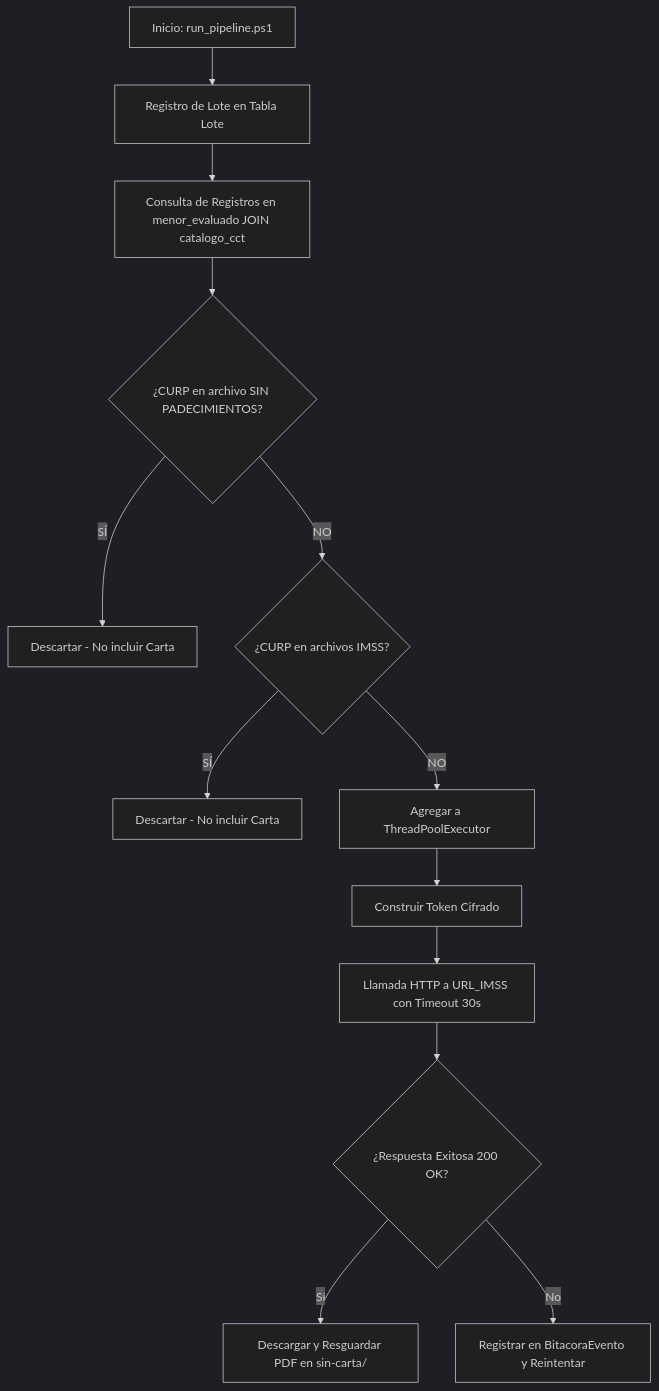
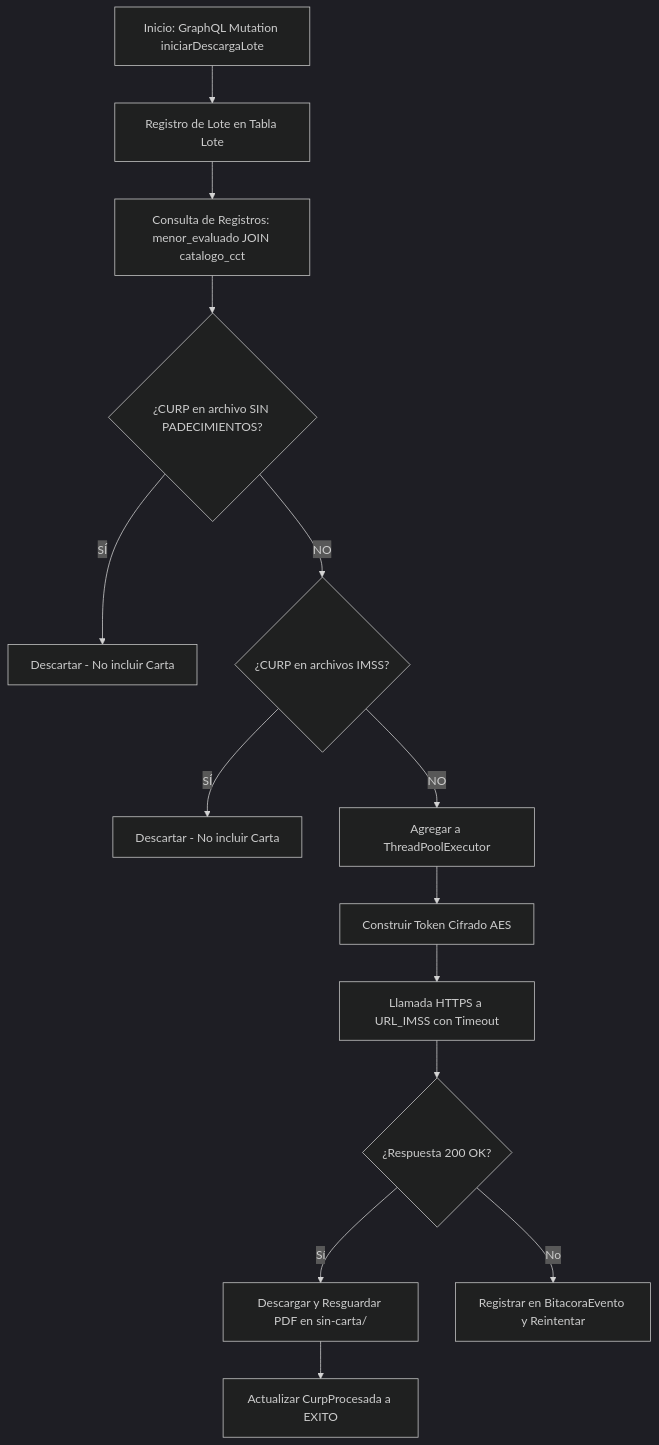
Before and after one commit to vlarrea68/ACTIVIDADES_2026: the second of 2 diagrams in 04-Abril-Mayo/Entregables/2026-05/01-Reporte_Especificaciones_Vida_Saludable_2026-05.md, drawn with Mermaid (dark theme). The commit also changed other lines of this file and 14 other files, not shown here.

````diff
--- a/04-Abril-Mayo/Entregables/2026-05/01-Reporte_Especificaciones_Vida_Saludable_2026-05.md
+++ b/04-Abril-Mayo/Entregables/2026-05/01-Reporte_Especificaciones_Vida_Saludable_2026-05.md
@@ -43,15 +111,16 @@
 ```mermaid
 flowchart TD
-    A[Inicio: run_pipeline.ps1] --> B[Registro de Lote en Tabla Lote]
-    B --> C[Consulta de Registros en menor_evaluado JOIN catalogo_cct]
+    A[Inicio: GraphQL Mutation iniciarDescargaLote] --> B[Registro de Lote en Tabla Lote]
+    B --> C[Consulta de Registros: menor_evaluado JOIN catalogo_cct]
     C --> D{¿CURP en archivo SIN PADECIMIENTOS?}
     D -- SÍ --> E[Descartar - No incluir Carta]
     D -- NO --> F{¿CURP en archivos IMSS?}
     F -- SÍ --> G[Descartar - No incluir Carta]
     F -- NO --> H[Agregar a ThreadPoolExecutor]
-    H --> I[Construir Token Cifrado]
-    I --> J[Llamada HTTP a URL_IMSS con Timeout 30s]
-    J --> K{¿Respuesta Exitosa 200 OK?}
+    H --> I[Construir Token Cifrado AES]
+    I --> J[Llamada HTTPS a URL_IMSS con Timeout]
+    J --> K{¿Respuesta 200 OK?}
     K -- Sí --> L[Descargar y Resguardar PDF en sin-carta/]
     K -- No --> M[Registrar en BitacoraEvento y Reintentar]
+    L --> N[Actualizar CurpProcesada a EXITO]
 ```
````
